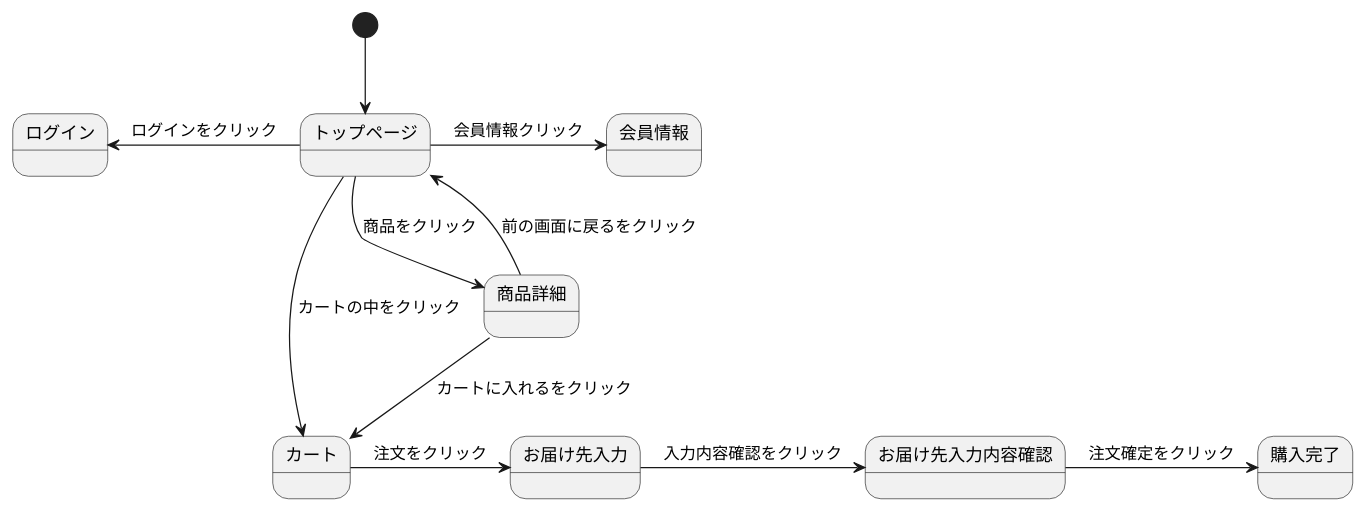
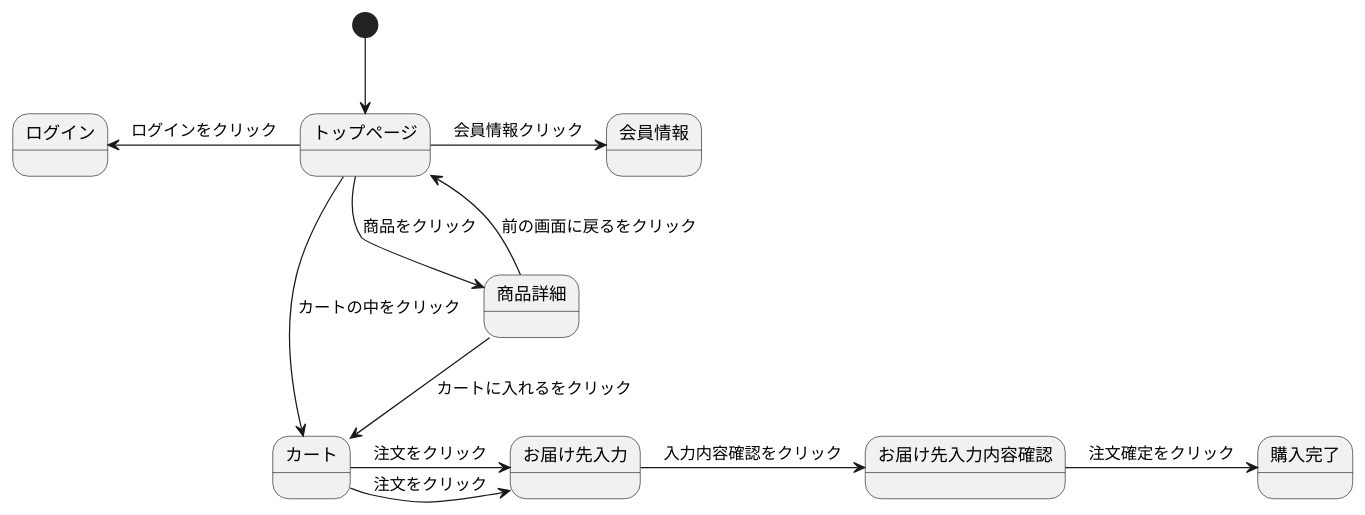
One commit to Aso2001196/2021sys-design changed the diagram in stm01.md. Above: the diagram before and after it, drawn with PlantUML.

````diff
--- a/stm01.md
+++ b/stm01.md
@@ -1,14 +1,15 @@
 ```uml
 @startuml
 [*]--> トップページ
 トップページ -> 会員情報 : 会員情報クリック
 トップページ -left-> ログイン : ログインをクリック
 トップページ --> 商品詳細 : 商品をクリック
 トップページ --> カート : カートの中をクリック
 商品詳細 --> カート : カートに入れるをクリック
 商品詳細 --> トップページ : 前の画面に戻るをクリック
 カート -> お届け先入力 : 注文をクリック
+カート -> お届け先入力 : 注文をクリック
 お届け先入力 -> お届け先入力内容確認 : 入力内容確認をクリック
 お届け先入力内容確認 -> 購入完了 : 注文確定をクリック
 @enduml
 ```
````
